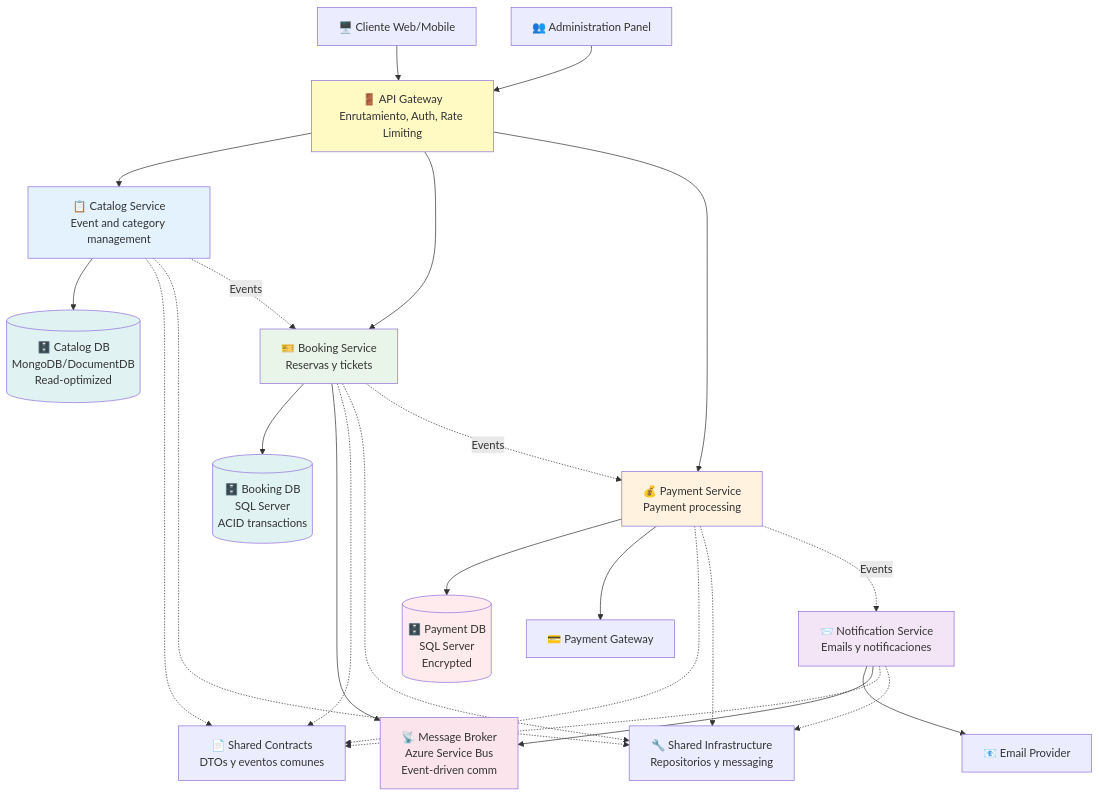
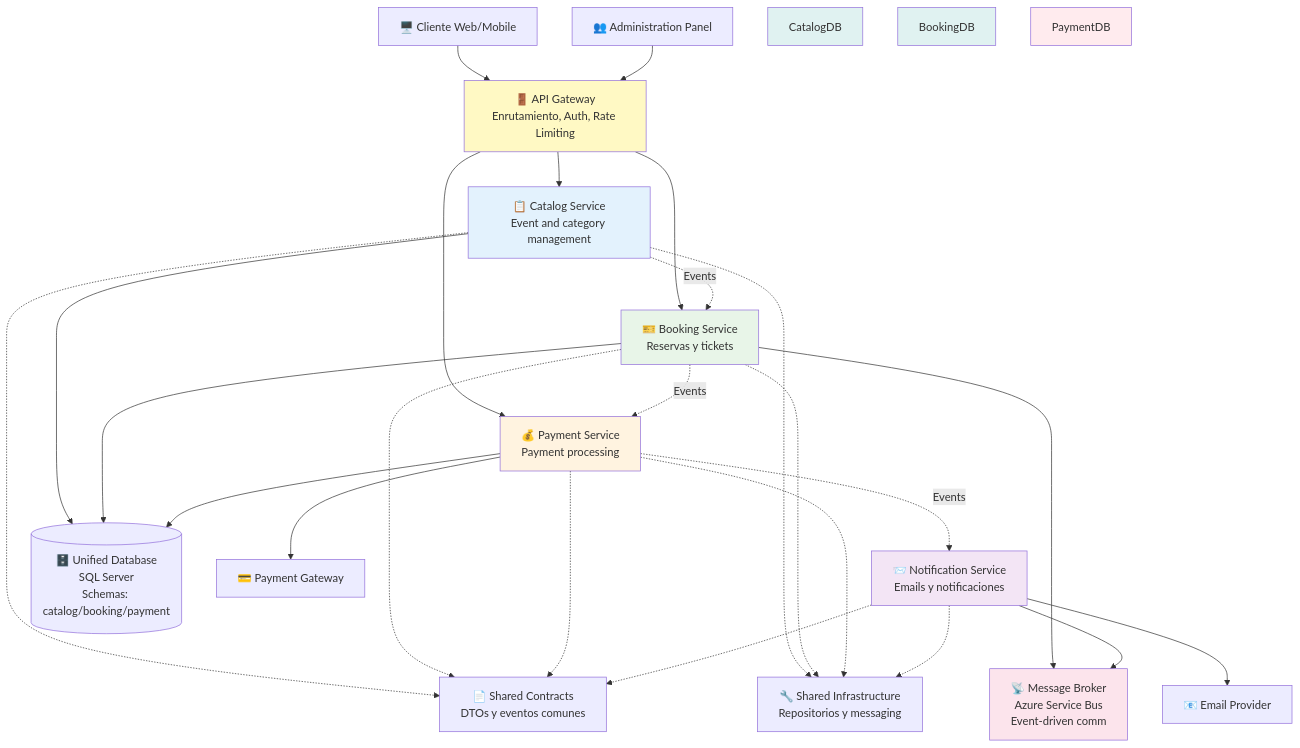
Before and after one commit to jesuscorral/JCP.TicketWave: the second of 6 diagrams in docs/diagrams/system-architecture.md, drawn with Mermaid. The commit also changed 57 other files, not shown here.

````diff
--- a/docs/diagrams/system-architecture.md
+++ b/docs/diagrams/system-architecture.md
@@ -42,76 +42,74 @@
 ```mermaid
 graph TB
     %% External
     Client[🖥️ Cliente Web/Mobile]
     Admin[👥 Administration Panel]
     
     %% API Gateway
     APIGateway[🚪 API Gateway<br/>Enrutamiento, Auth, Rate Limiting]
     
     %% Microservices
     CatalogService[📋 Catalog Service<br/>Event and category management]
     BookingService[🎫 Booking Service<br/>Reservas y tickets]
     PaymentService[💰 Payment Service<br/>Payment processing]
     NotificationService[📨 Notification Service<br/>Emails y notificaciones]
     
     %% Shared Infrastructure
     SharedContracts[📄 Shared Contracts<br/>DTOs y eventos comunes]
     SharedInfra[🔧 Shared Infrastructure<br/>Repositorios y messaging]
     
     %% Data Stores
-    CatalogDB[(🗄️ Catalog DB<br/>MongoDB/DocumentDB<br/>Read-optimized)]
-    BookingDB[(🗄️ Booking DB<br/>SQL Server<br/>ACID transactions)]
-    PaymentDB[(🗄️ Payment DB<br/>SQL Server<br/>Encrypted)]
+    UnifiedDB[(🗄️ Unified Database<br/>SQL Server<br/>Schemas: catalog/booking/payment)]
     
     %% Message Broker
     MessageBroker[📡 Message Broker<br/>Azure Service Bus<br/>Event-driven comm]
     
     %% External Services
     PaymentGW[💳 Payment Gateway]
     EmailProvider[📧 Email Provider]
     
     %% User Interactions
     Client --> APIGateway
     Admin --> APIGateway
     
     %% API Gateway Routing
     APIGateway --> CatalogService
     APIGateway --> BookingService
     APIGateway --> PaymentService
     
     %% Service Dependencies
-    CatalogService --> CatalogDB
-    BookingService --> BookingDB
+    CatalogService --> UnifiedDB
+    BookingService --> UnifiedDB
     BookingService --> MessageBroker
-    PaymentService --> PaymentDB
+    PaymentService --> UnifiedDB
     PaymentService --> PaymentGW
     NotificationService --> EmailProvider
     NotificationService --> MessageBroker
     
     %% Shared Components
     CatalogService -.-> SharedContracts
     BookingService -.-> SharedContracts
     PaymentService -.-> SharedContracts
     NotificationService -.-> SharedContracts
     
     CatalogService -.-> SharedInfra
     BookingService -.-> SharedInfra
     PaymentService -.-> SharedInfra
     NotificationService -.-> SharedInfra
     
     %% Cross-service Communication
     BookingService -.->|Events| PaymentService
     PaymentService -.->|Events| NotificationService
     CatalogService -.->|Events| BookingService
     
     %% Styling
     style APIGateway fill:#fff9c4
     style CatalogService fill:#e3f2fd
     style BookingService fill:#e8f5e8
     style PaymentService fill:#fff3e0
     style NotificationService fill:#f3e5f5
     style MessageBroker fill:#fce4ec
     style CatalogDB fill:#e0f2f1
     style BookingDB fill:#e0f2f1
     style PaymentDB fill:#ffebee
 ```
````
